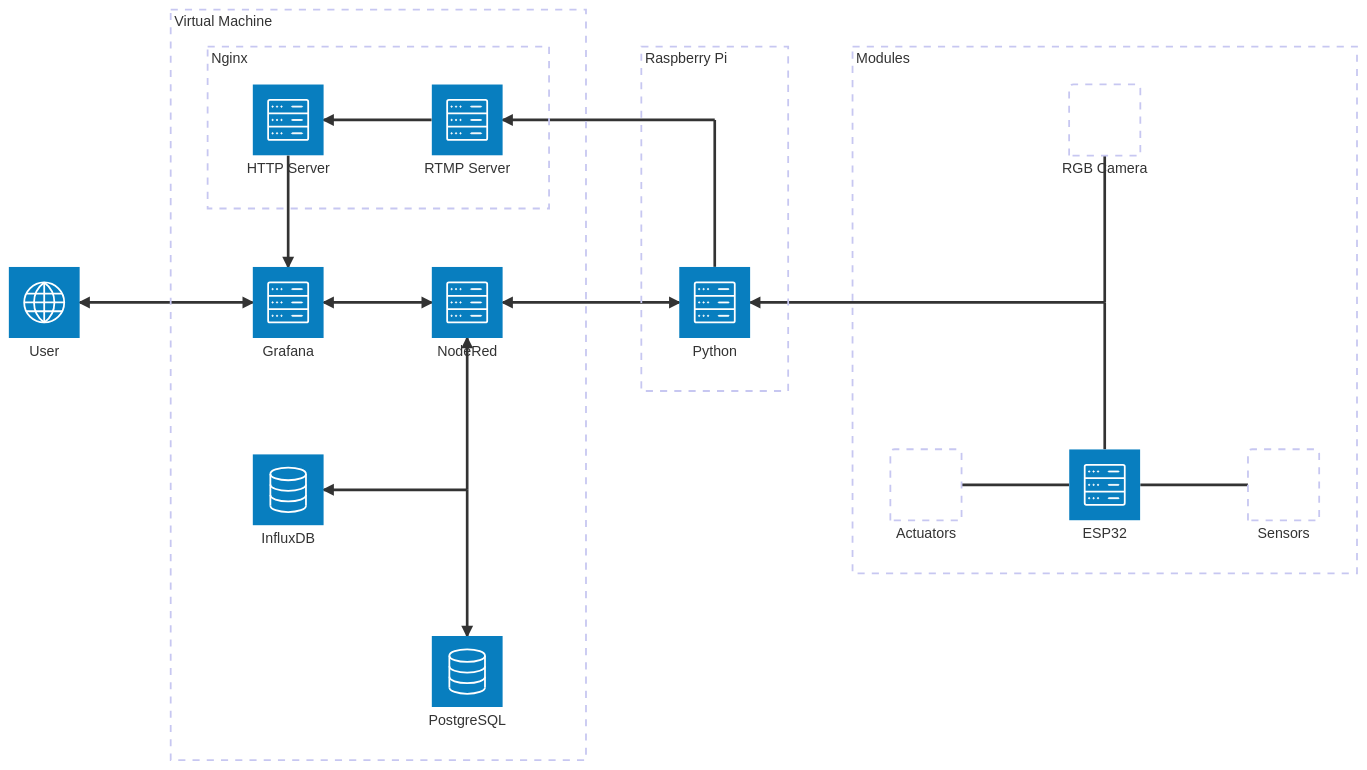
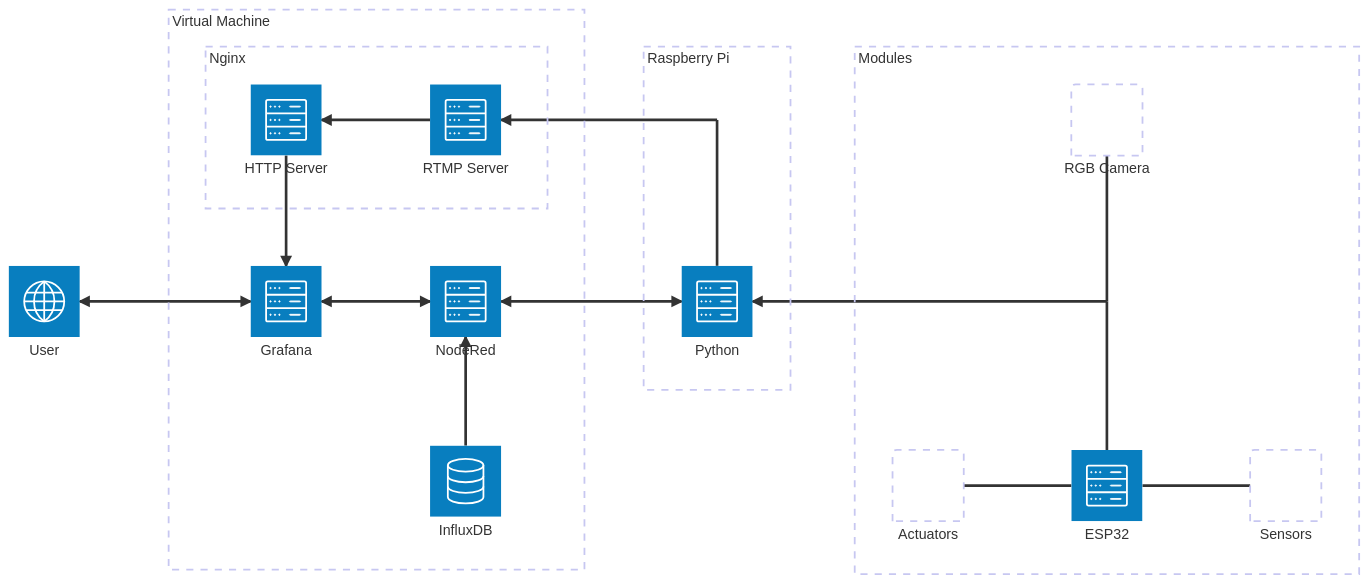
One commit to eggseal/camara-crecimiento changed the first of 4 diagrams in README.md. Above: the diagram before and after it, drawn with Mermaid. The commit also changed other lines of this file and 4 other files, not shown here.

Commit message:
Remove PostgreSQL and complete sensor data

````diff
--- a/README.md
+++ b/README.md
@@ -5,53 +5,49 @@
 ```mermaid
 architecture-beta
 
     service user(internet)[User]
     
     group vm[Virtual Machine]
 
     service grafana(server)[Grafana] in vm
     service nodered(server)[NodeRed] in vm
     service influx(database)[InfluxDB] in vm
-    service postgres(database)[PostgreSQL] in vm
 
     group nginx[Nginx] in vm
     service rtmpserver(server)[RTMP Server] in nginx
     service httpserver(server)[HTTP Server] in nginx
 
     junction data in vm
 
     user:R <--> L:grafana
     grafana:R <--> L:nodered
     grafana:T <-- B:httpserver
-    nodered:B <-- T:data
-    data:L --> R:influx
-    data:B --> T:postgres
+    nodered:B <-- T:influx
     httpserver:R <-- L:rtmpserver
 
     group raspi[Raspberry Pi]
 
     service python(server)[Python] in raspi
 
     junction video in raspi
 
     nodered:R <--> L:python
     rtmpserver:R <-- L:video
     video:B -- T:python
 
     group module[Modules]
 
     service camera[RGB Camera] in module
     service sensors[Sensors] in module
     service actuators[Actuators] in module
     service esp(server)[ESP32] in module
 
     junction components in module
 
 
     esp:T -- B:components
     camera:B -- T:components
     components:L --> R:python
     esp:R -- L:sensors
     esp:L -- R:actuators
-
 ```
````
